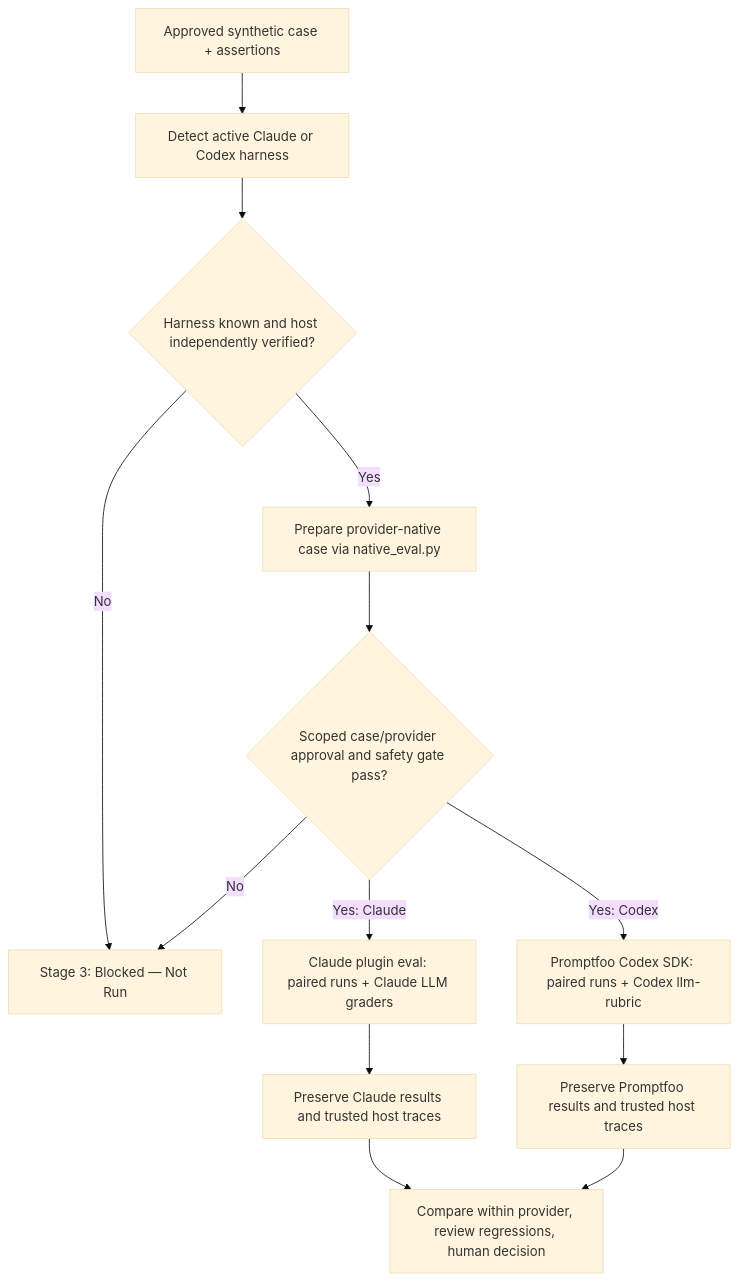
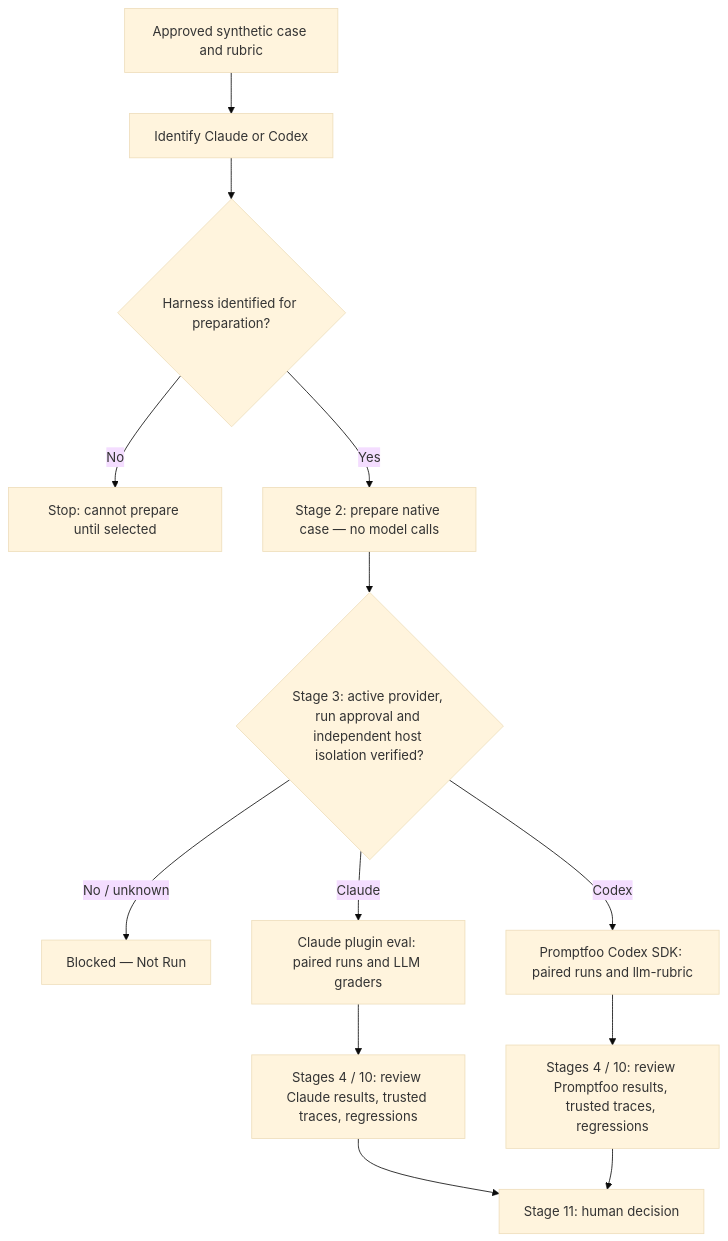
Before and after one commit to rlynjb/dotskills: the third of 4 diagrams in skills/refine-skill/README.md, drawn with Mermaid (base theme). The commit also changed other lines of this file, not shown here.

````diff
--- a/skills/refine-skill/README.md
+++ b/skills/refine-skill/README.md
@@ -174,15 +207,15 @@
 ```mermaid
 flowchart TD
-    A["Approved synthetic case + assertions"] --> B["Detect active Claude or Codex harness"]
-    B --> C{"Harness known and host independently verified?"}
-    C -->|No| D["Stage 3: Blocked — Not Run"]
-    C -->|Yes| E["Prepare provider-native case via native_eval.py"]
-    E --> F{"Scoped case/provider approval and safety gate pass?"}
-    F -->|No| D
-    F -->|Yes: Claude| G["Claude plugin eval: paired runs + Claude LLM graders"]
-    F -->|Yes: Codex| H["Promptfoo Codex SDK: paired runs + Codex llm-rubric"]
-    G --> I["Preserve Claude results and trusted host traces"]
-    H --> J["Preserve Promptfoo results and trusted host traces"]
-    I --> K["Compare within provider, review regressions, human decision"]
-    J --> K
+    A["Approved synthetic case and rubric"] --> B["Identify Claude or Codex"]
+    B --> C{"Harness identified for preparation?"}
+    C -->|No| D["Stop: cannot prepare until selected"]
+    C -->|Yes| E["Stage 2: prepare native case — no model calls"]
+    E --> F{"Stage 3: active provider, run approval and independent host isolation verified?"}
+    F -->|No / unknown| G["Blocked — Not Run"]
+    F -->|Claude| H["Claude plugin eval: paired runs and LLM graders"]
+    F -->|Codex| I["Promptfoo Codex SDK: paired runs and llm-rubric"]
+    H --> J["Stages 4 / 10: review Claude results, trusted traces, regressions"]
+    I --> K["Stages 4 / 10: review Promptfoo results, trusted traces, regressions"]
+    J --> L["Stage 11: human decision"]
+    K --> L
 ```
````
